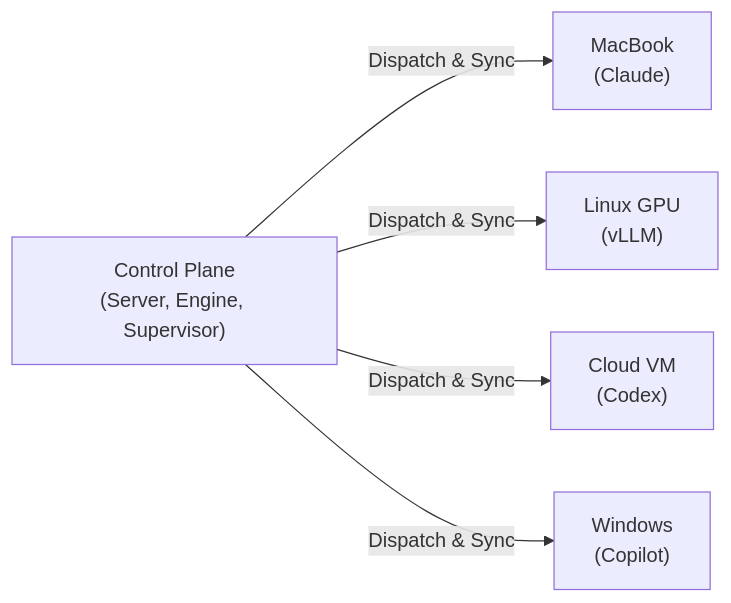
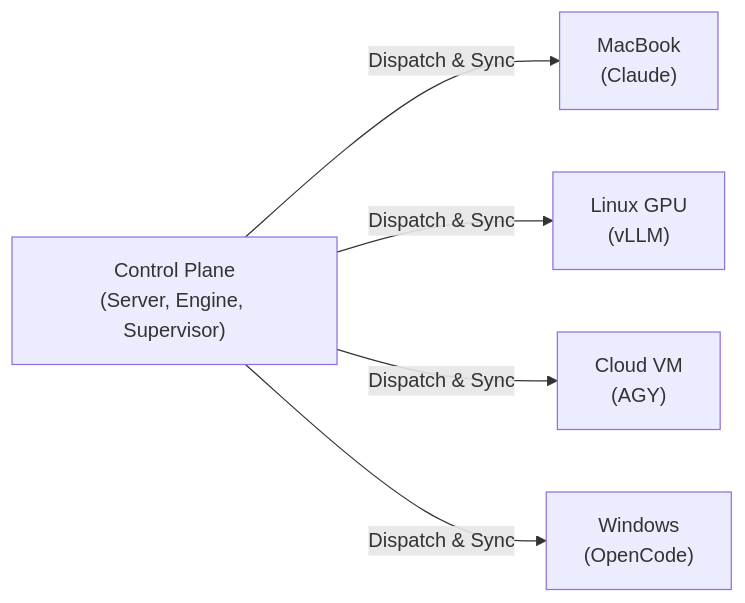
One commit to Apra-Labs/apra-fleet changed the diagram in README.md. Above: the diagram before and after it, drawn with Mermaid. The commit also changed 1 other file, not shown here.

Commit message:
fix(docs): update Mermaid topology labels to AGY and OpenCode

````diff
--- a/README.md
+++ b/README.md
@@ -179,4 +179,4 @@
 ```mermaid
 flowchart LR
-    CP["Control Plane<br/>(Server, Engine, Supervisor)"] -->|Dispatch & Sync| M1["MacBook<br/>(Claude)"] & M2["Linux GPU<br/>(vLLM)"] & M3["Cloud VM<br/>(Codex)"] & M4["Windows<br/>(Copilot)"]
+    CP["Control Plane<br/>(Server, Engine, Supervisor)"] -->|Dispatch & Sync| M1["MacBook<br/>(Claude)"] & M2["Linux GPU<br/>(vLLM)"] & M3["Cloud VM<br/>(AGY)"] & M4["Windows<br/>(OpenCode)"]
 ```
````
